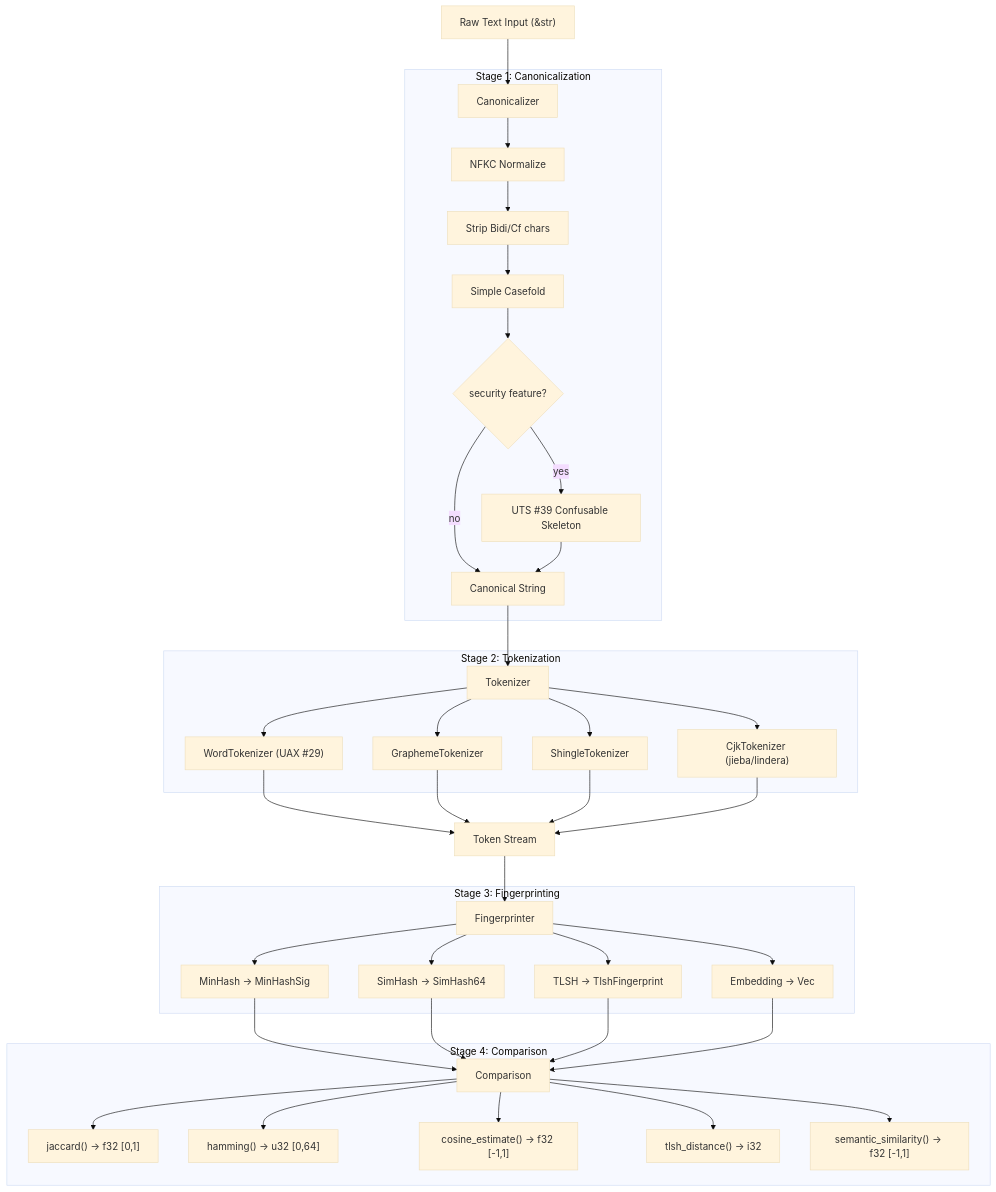
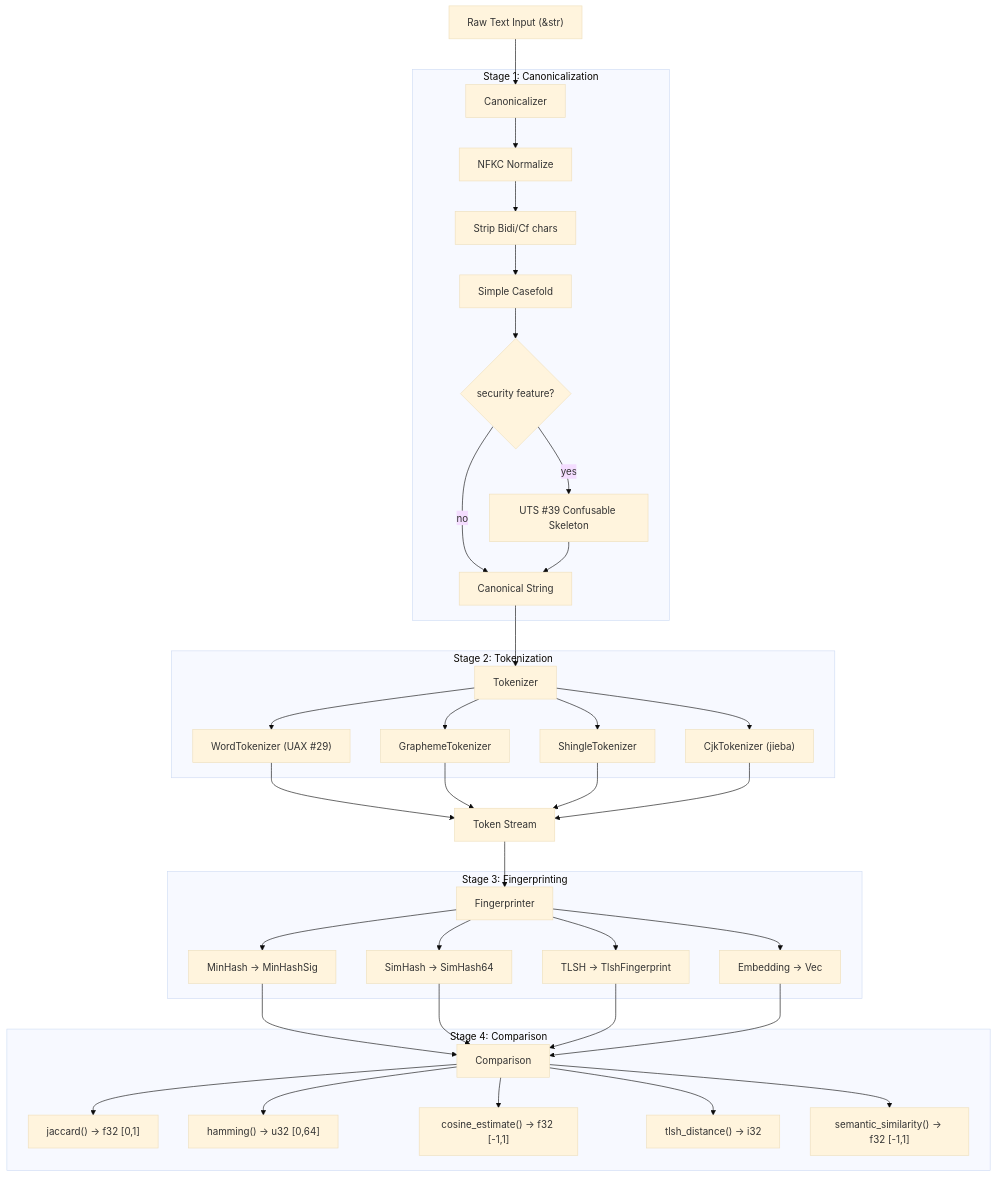
One commit to themankindproject/txtfp changed the first of 9 diagrams in txt.md. Above: the diagram before and after it, drawn with Mermaid (base theme). The commit also changed other lines of this file and 2 other files, not shown here.

````diff
--- a/txt.md
+++ b/txt.md
@@ -89,50 +89,50 @@
 ```mermaid
 flowchart TD
     A["Raw Text Input (&str)"] --> B["Canonicalizer"]
 
     subgraph "Stage 1: Canonicalization"
         B --> B1["NFKC Normalize"]
         B1 --> B2["Strip Bidi/Cf chars"]
         B2 --> B3["Simple Casefold"]
         B3 --> B4{"security feature?"}
         B4 -->|yes| B5["UTS #39 Confusable Skeleton"]
         B4 -->|no| B6["Canonical String"]
         B5 --> B6
     end
 
     B6 --> C["Tokenizer"]
 
     subgraph "Stage 2: Tokenization"
         C --> C1["WordTokenizer (UAX #29)"]
         C --> C2["GraphemeTokenizer"]
         C --> C3["ShingleTokenizer<T, k>"]
-        C --> C4["CjkTokenizer (jieba/lindera)"]
+        C --> C4["CjkTokenizer (jieba)"]
     end
 
     C1 --> D["Token Stream"]
     C2 --> D
     C3 --> D
     C4 --> D
 
     D --> E["Fingerprinter"]
 
     subgraph "Stage 3: Fingerprinting"
         E --> E1["MinHash → MinHashSig<H>"]
         E --> E2["SimHash → SimHash64"]
         E --> E3["TLSH → TlshFingerprint"]
         E --> E4["Embedding → Vec<f32>"]
     end
 
     E1 --> F["Comparison"]
     E2 --> F
     E3 --> F
     E4 --> F
 
     subgraph "Stage 4: Comparison"
         F --> F1["jaccard() → f32 [0,1]"]
         F --> F2["hamming() → u32 [0,64]"]
         F --> F3["cosine_estimate() → f32 [-1,1]"]
         F --> F4["tlsh_distance() → i32"]
         F --> F5["semantic_similarity() → f32 [-1,1]"]
     end
 ```
````
